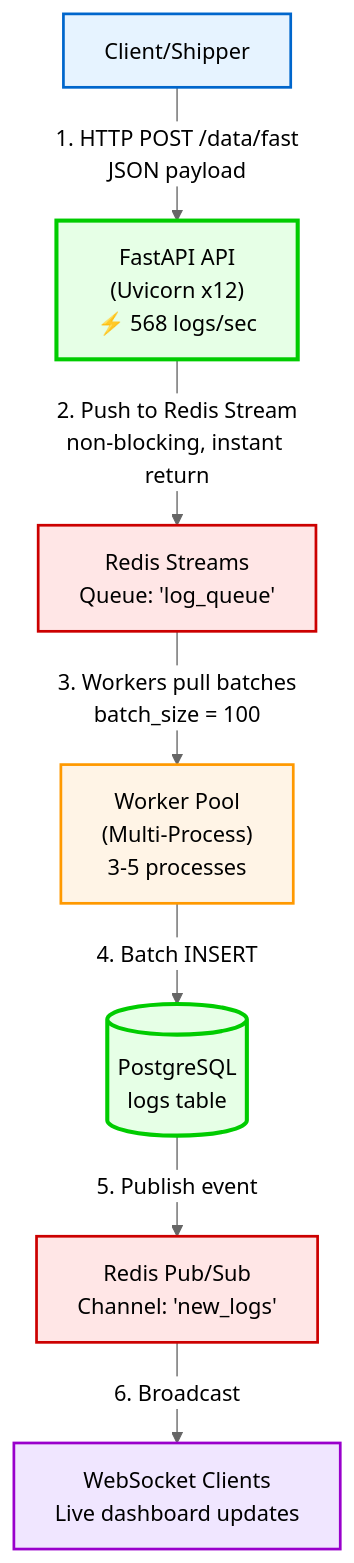
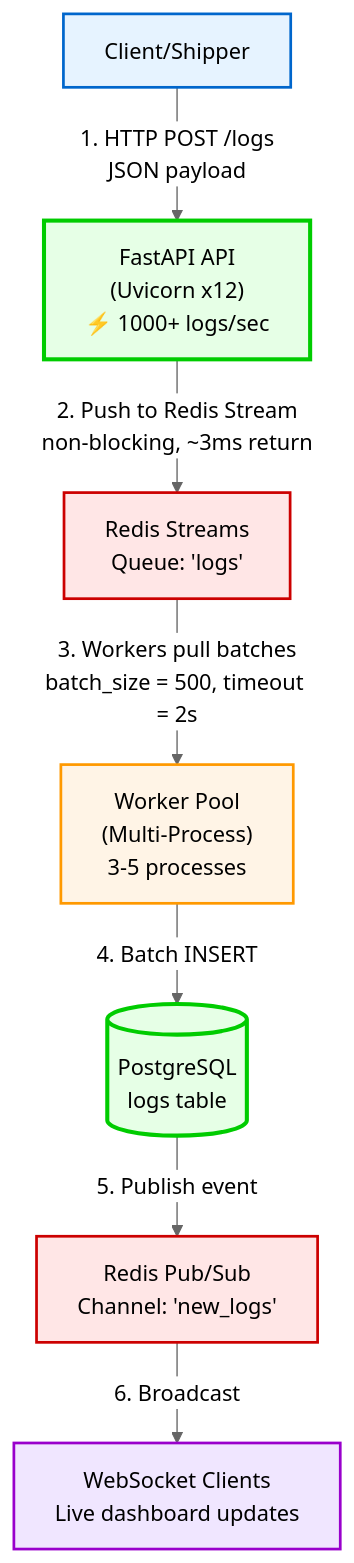
One commit to Romanabramovich/logs-and-found changed the sixth of 7 diagrams in ARCHITECTURE.md. Above: the diagram before and after it, drawn with Mermaid (neutral theme). The commit also changed other lines of this file and 15 other files, not shown here.

Commit message:
Prioritized Redis message queue in api log POSTS

````diff
--- a/ARCHITECTURE.md
+++ b/ARCHITECTURE.md
@@ -298,29 +298,29 @@
 ```mermaid
 flowchart TD
-    Client[Client/Shipper] -->|1. HTTP POST /data/fast<br/>JSON payload| API
+    Client[Client/Shipper] -->|1. HTTP POST /logs<br/>JSON payload| API
     
-    API["FastAPI API<br/>(Uvicorn x12)<br/>⚡ 568 logs/sec"]
-    API -->|2. Push to Redis Stream<br/>non-blocking, instant return| Redis
+    API["FastAPI API<br/>(Uvicorn x12)<br/>⚡ 1000+ logs/sec"]
+    API -->|2. Push to Redis Stream<br/>non-blocking, ~3ms return| Redis
     
-    Redis["Redis Streams<br/>Queue: 'log_queue'"]
-    Redis -->|3. Workers pull batches<br/>batch_size = 100| Workers
+    Redis["Redis Streams<br/>Queue: 'logs'"]
+    Redis -->|3. Workers pull batches<br/>batch_size = 500, timeout = 2s| Workers
     
     Workers["Worker Pool<br/>(Multi-Process)<br/>3-5 processes"]
     Workers -->|4. Batch INSERT| DB
     
     DB[("PostgreSQL<br/>logs table")]
     DB -->|5. Publish event| PubSub
     
     PubSub["Redis Pub/Sub<br/>Channel: 'new_logs'"]
     PubSub -->|6. Broadcast| WS
     
     WS["WebSocket Clients<br/>Live dashboard updates"]
     
     style Client fill:#e6f3ff,stroke:#0066cc,stroke-width:2px,color:#000000
     style API fill:#e6ffe6,stroke:#00cc00,stroke-width:3px,color:#000000
     style Redis fill:#ffe6e6,stroke:#cc0000,stroke-width:2px,color:#000000
     style Workers fill:#fff4e6,stroke:#ff9900,stroke-width:2px,color:#000000
     style DB fill:#e6ffe6,stroke:#00cc00,stroke-width:3px,color:#000000
     style PubSub fill:#ffe6e6,stroke:#cc0000,stroke-width:2px,color:#000000
     style WS fill:#f0e6ff,stroke:#9900cc,stroke-width:2px,color:#000000
 ```
````
